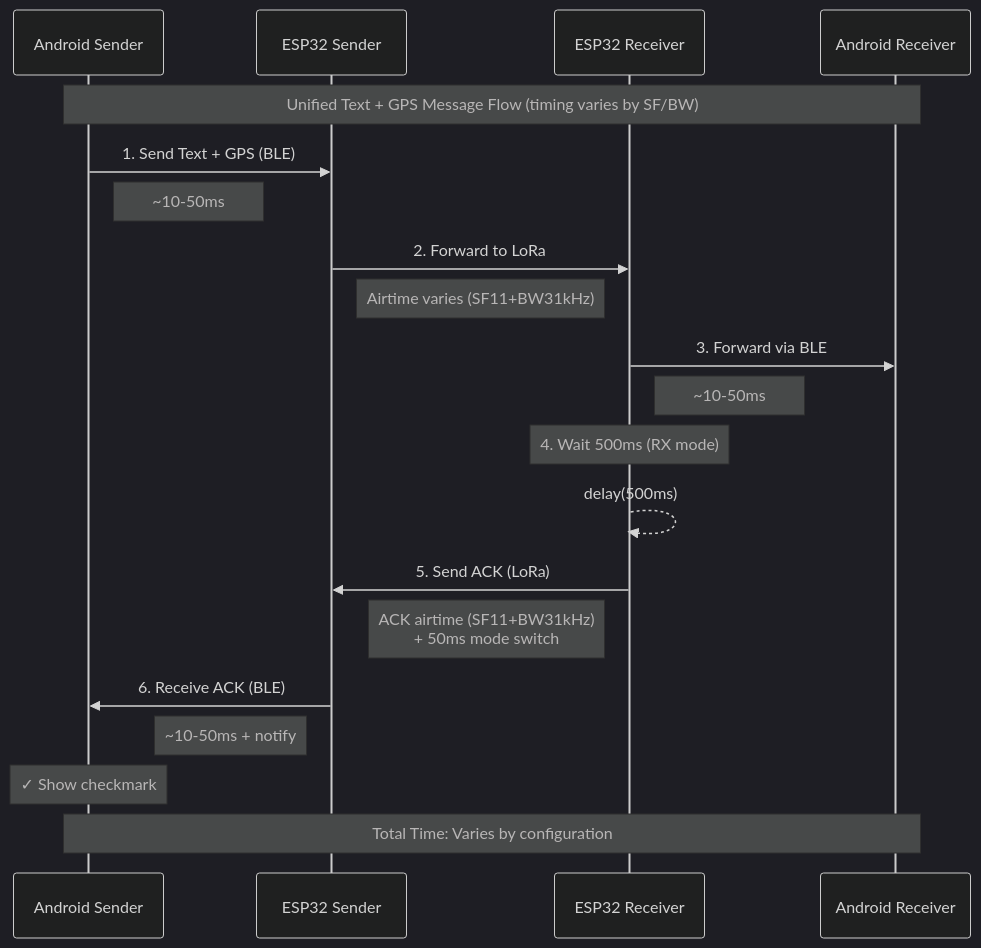
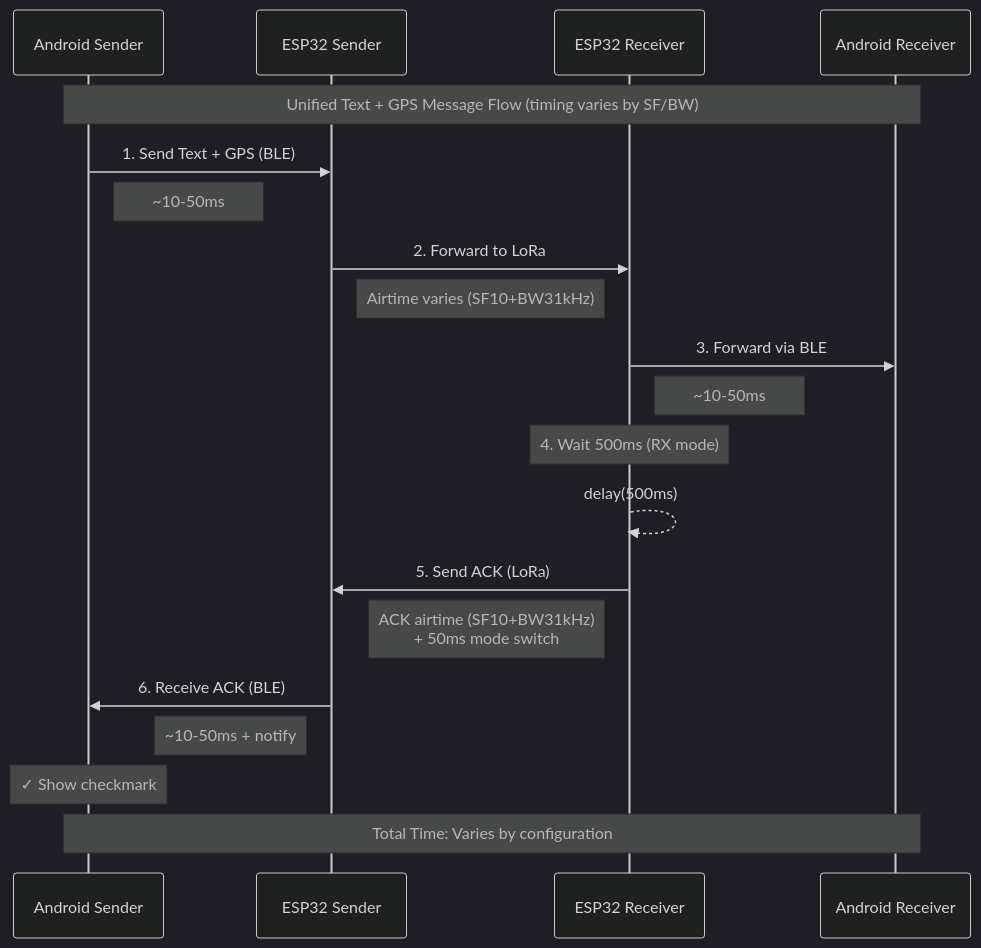
One commit to psytraxx/android-lora-ble-bridge changed the second of 3 diagrams in README.md. Above: the diagram before and after it, drawn with Mermaid (dark theme). The commit also changed other lines of this file and 4 other files, not shown here.

````diff
--- a/README.md
+++ b/README.md
@@ -203,31 +203,31 @@
 ```mermaid
 sequenceDiagram
     participant AS as Android Sender
     participant ES as ESP32 Sender
     participant ER as ESP32 Receiver
     participant AR as Android Receiver
 
     Note over AS,AR: Unified Text + GPS Message Flow (timing varies by SF/BW)
 
     AS->>ES: 1. Send Text + GPS (BLE)
     Note right of AS: ~10-50ms
 
     ES->>ER: 2. Forward to LoRa
-    Note right of ES: Airtime varies (SF11+BW31kHz)
+    Note right of ES: Airtime varies (SF10+BW31kHz)
     
     ER->>AR: 3. Forward via BLE
     Note right of ER: ~10-50ms
     
     Note over ER: 4. Wait 500ms (RX mode)
     ER-->>ER: delay(500ms)
     
     ER->>ES: 5. Send ACK (LoRa)
-    Note left of ER: ACK airtime (SF11+BW31kHz)<br/>+ 50ms mode switch
+    Note left of ER: ACK airtime (SF10+BW31kHz)<br/>+ 50ms mode switch
 
     ES->>AS: 6. Receive ACK (BLE)
     Note left of ES: ~10-50ms + notify
 
     Note over AS: ✓ Show checkmark
 
     Note over AS,AR: Total Time: Varies by configuration
 ```
````
